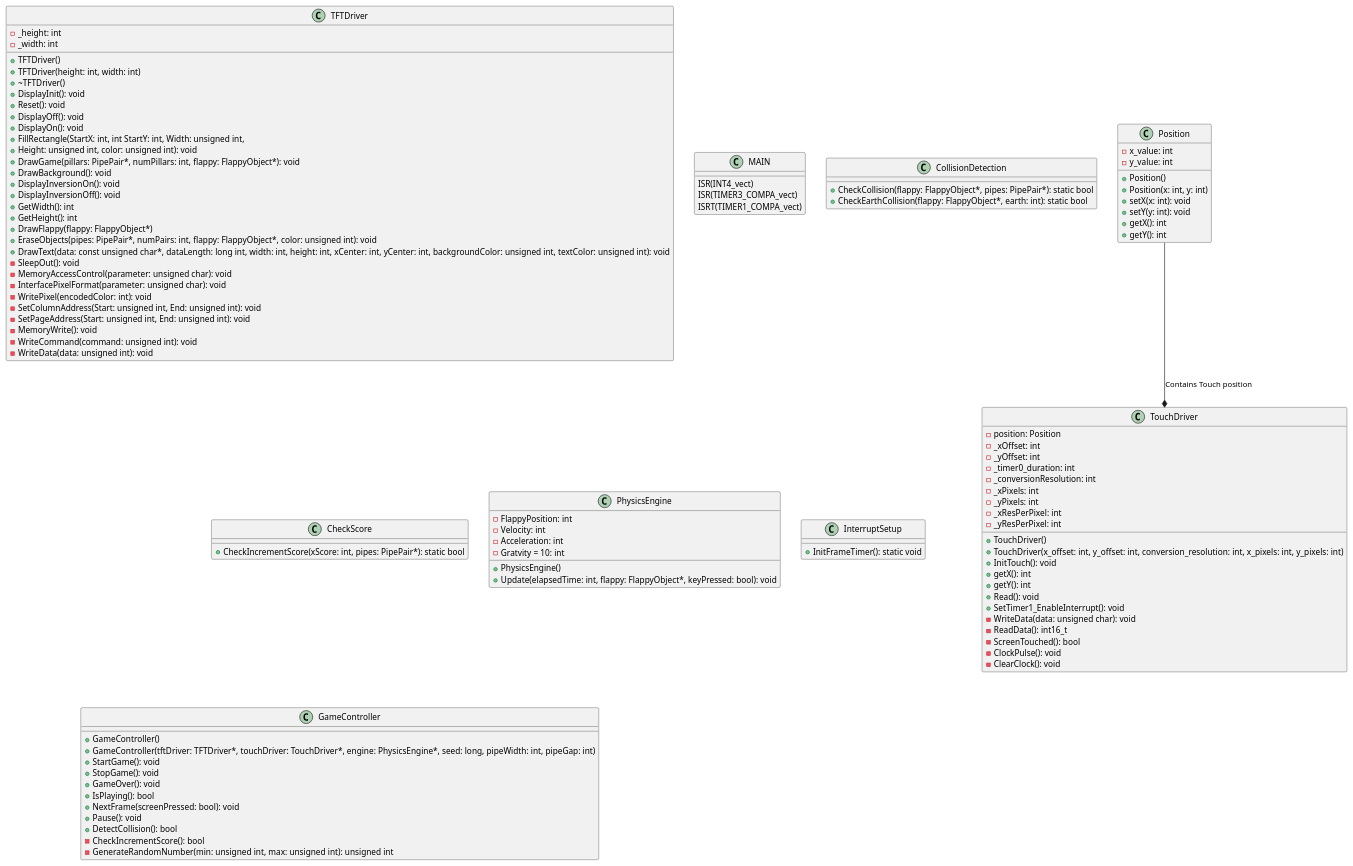
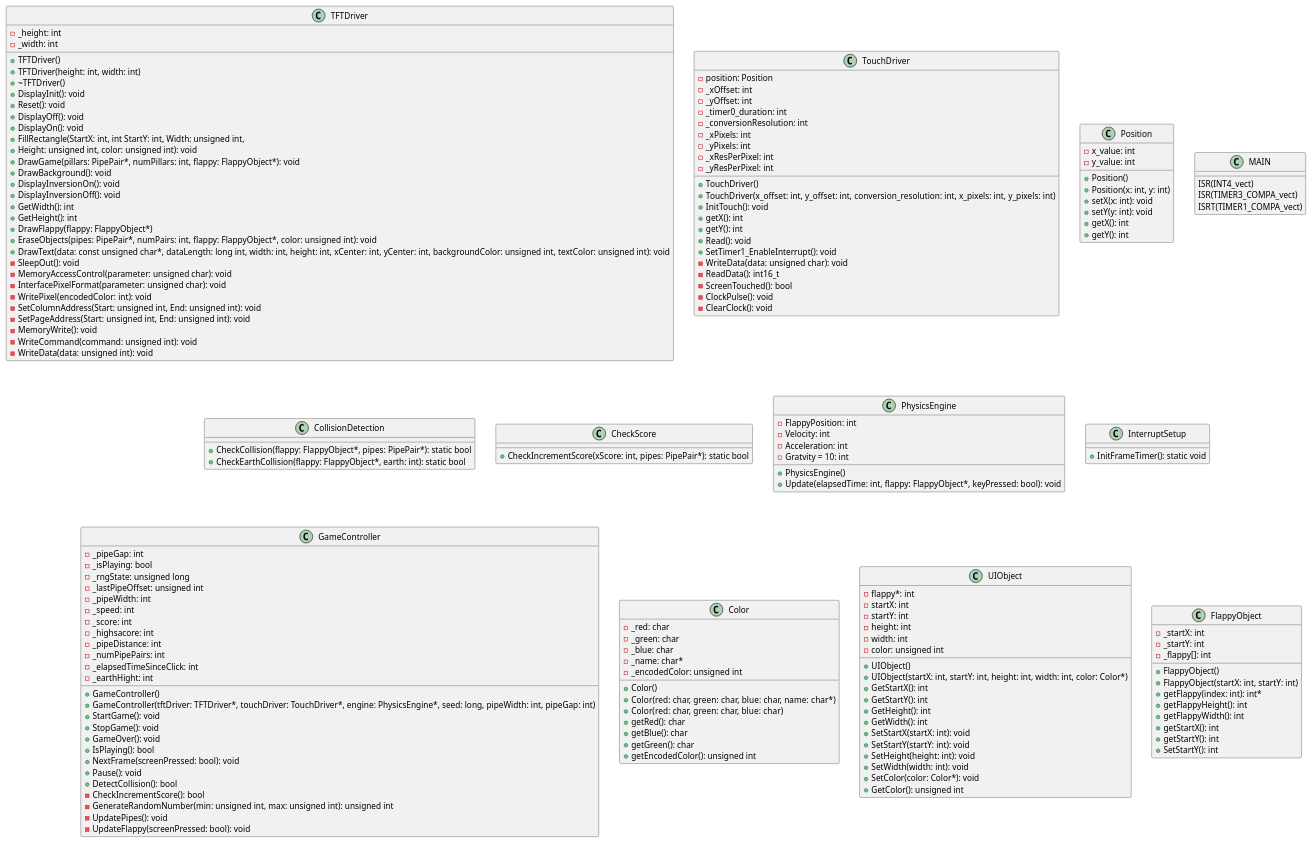
Before and after one commit to Valdemartt/AMS: the diagram in Projekt/diagrams/FlappyBird.wsd, drawn with PlantUML.

```diff
--- a/Projekt/diagrams/FlappyBird.wsd
+++ b/Projekt/diagrams/FlappyBird.wsd
@@ -1,121 +1,186 @@
 @startuml
 class TFTDriver
 {
     +TFTDriver()
     +TFTDriver(height: int, width: int)
     +~TFTDriver()
     +DisplayInit(): void
     +Reset(): void
     +DisplayOff(): void
     +DisplayOn(): void
     +FillRectangle(StartX: int, int StartY: int, Width: unsigned int,
 	+Height: unsigned int, color: unsigned int): void
     +DrawGame(pillars: PipePair*, numPillars: int, flappy: FlappyObject*): void
     +DrawBackground(): void
     +DisplayInversionOn(): void
     +DisplayInversionOff(): void
     +GetWidth(): int
     +GetHeight(): int
     +DrawFlappy(flappy: FlappyObject*)
     +EraseObjects(pipes: PipePair*, numPairs: int, flappy: FlappyObject*, color: unsigned int): void
     +DrawText(data: const unsigned char*, dataLength: long int, width: int, height: int, xCenter: int, yCenter: int, backgroundColor: unsigned int, textColor: unsigned int): void
     -_height: int
     -_width: int
     -SleepOut(): void
     -MemoryAccessControl(parameter: unsigned char): void
     -InterfacePixelFormat(parameter: unsigned char): void
     -WritePixel(encodedColor: int): void
     -SetColumnAddress(Start: unsigned int, End: unsigned int): void
     -SetPageAddress(Start: unsigned int, End: unsigned int): void
     -MemoryWrite(): void
     -WriteCommand(command: unsigned int): void
     -WriteData(data: unsigned int): void
 }
 
 class TouchDriver
 {
     +TouchDriver()
     +TouchDriver(x_offset: int, y_offset: int, conversion_resolution: int, x_pixels: int, y_pixels: int)
     +InitTouch(): void
     +getX(): int
     +getY(): int
     +Read(): void
     +SetTimer1_EnableInterrupt(): void
     -WriteData(data: unsigned char): void
     -ReadData(): int16_t
     -ScreenTouched(): bool
     -ClockPulse(): void
     -ClearClock(): void
     -position: Position
     -_xOffset: int
     -_yOffset: int
     -_timer0_duration: int
     -_conversionResolution: int
     -_xPixels: int
     -_yPixels: int
     -_xResPerPixel: int
     -_yResPerPixel: int
 }
 
 class Position
 {
     +Position()
     +Position(x: int, y: int)
     +setX(x: int): void
     +setY(y: int): void
     +getX(): int
     +getY(): int
     -x_value: int
     -y_value: int
 }
 
 class MAIN
 {
     ISR(INT4_vect)
     ISR(TIMER3_COMPA_vect)
     ISRT(TIMER1_COMPA_vect)
 }
 
 class CollisionDetection
 {
     +CheckCollision(flappy: FlappyObject*, pipes: PipePair*): static bool
     +CheckEarthCollision(flappy: FlappyObject*, earth: int): static bool
 }
 
 class CheckScore
 {
     +CheckIncrementScore(xScore: int, pipes: PipePair*): static bool
 }
 
 class PhysicsEngine
 {
     +PhysicsEngine()
     +Update(elapsedTime: int, flappy: FlappyObject*, keyPressed: bool): void
     -FlappyPosition: int
     -Velocity: int
     -Acceleration: int
     -Gratvity = 10: int
 }
 
 class InterruptSetup
 {
     +InitFrameTimer(): static void
 }
 
 class GameController
 {
     +GameController()
     +GameController(tftDriver: TFTDriver*, touchDriver: TouchDriver*, engine: PhysicsEngine*, seed: long, pipeWidth: int, pipeGap: int)
     +StartGame(): void
     +StopGame(): void
     +GameOver(): void
     +IsPlaying(): bool
     +NextFrame(screenPressed: bool): void
     +Pause(): void
     +DetectCollision(): bool
     -CheckIncrementScore(): bool
     -GenerateRandomNumber(min: unsigned int, max: unsigned int): unsigned int
+    -UpdatePipes(): void
+    -UpdateFlappy(screenPressed: bool): void
+    -_pipeGap: int
+    -_isPlaying: bool
+    -_rngState: unsigned long
+    -_lastPipeOffset: unsigned int
+    -_pipeWidth: int
+    -_speed: int
+    -_score: int
+    -_highsacore: int
+    -_pipeDistance: int
+    -_numPipePairs: int
+    -_elapsedTimeSinceClick: int
+    -_earthHight: int
 }
 
-Position --* TouchDriver : Contains Touch position
+class Color
+{
+    +Color()
+    +Color(red: char, green: char, blue: char, name: char*)
+    +Color(red: char, green: char, blue: char)
+    +getRed(): char
+    +getBlue(): char
+    +getGreen(): char
+    +getEncodedColor(): unsigned int
+    -_red: char
+    -_green: char
+    -_blue: char
+    -_name: char*
+    -_encodedColor: unsigned int
+}
+
+class UIObject
+{
+    +UIObject()
+    +UIObject(startX: int, startY: int, height: int, width: int, color: Color*)
+    +GetStartX(): int
+    +GetStartY(): int
+    +GetHeight(): int
+    +GetWidth(): int
+    +SetStartX(startX: int): void
+    +SetStartY(startY: int): void
+    +SetHeight(height: int): void
+    +SetWidth(width: int): void
+    +SetColor(color: Color*): void
+    +GetColor(): unsigned int
+    -flappy*: int
+    -startX: int
+    -startY: int
+    -height: int
+    -width: int
+    -color: unsigned int
+}
+
+class FlappyObject
+{
+    +FlappyObject()
+    +FlappyObject(startX: int, startY: int)
+    +getFlappy(index: int): int*
+    +getFlappyHeight(): int
+    +getFlappyWidth(): int
+    +getStartX(): int
+    +getStartY(): int
+    +SetStartY(): int
+    -_startX: int
+    -_startY: int
+    -_flappy[]: int
+}
 @enduml
```
